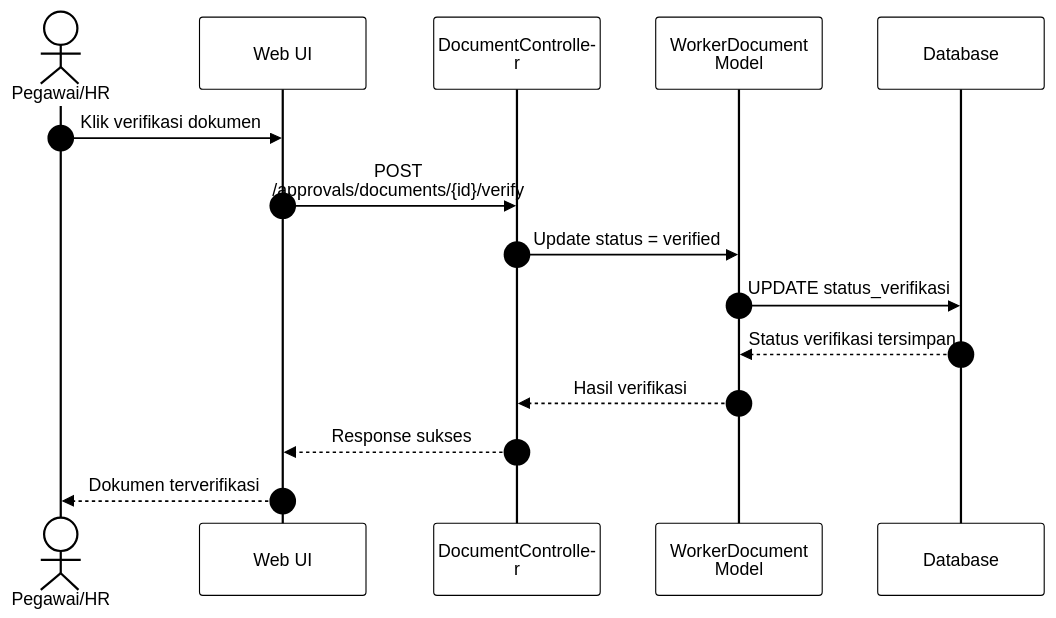
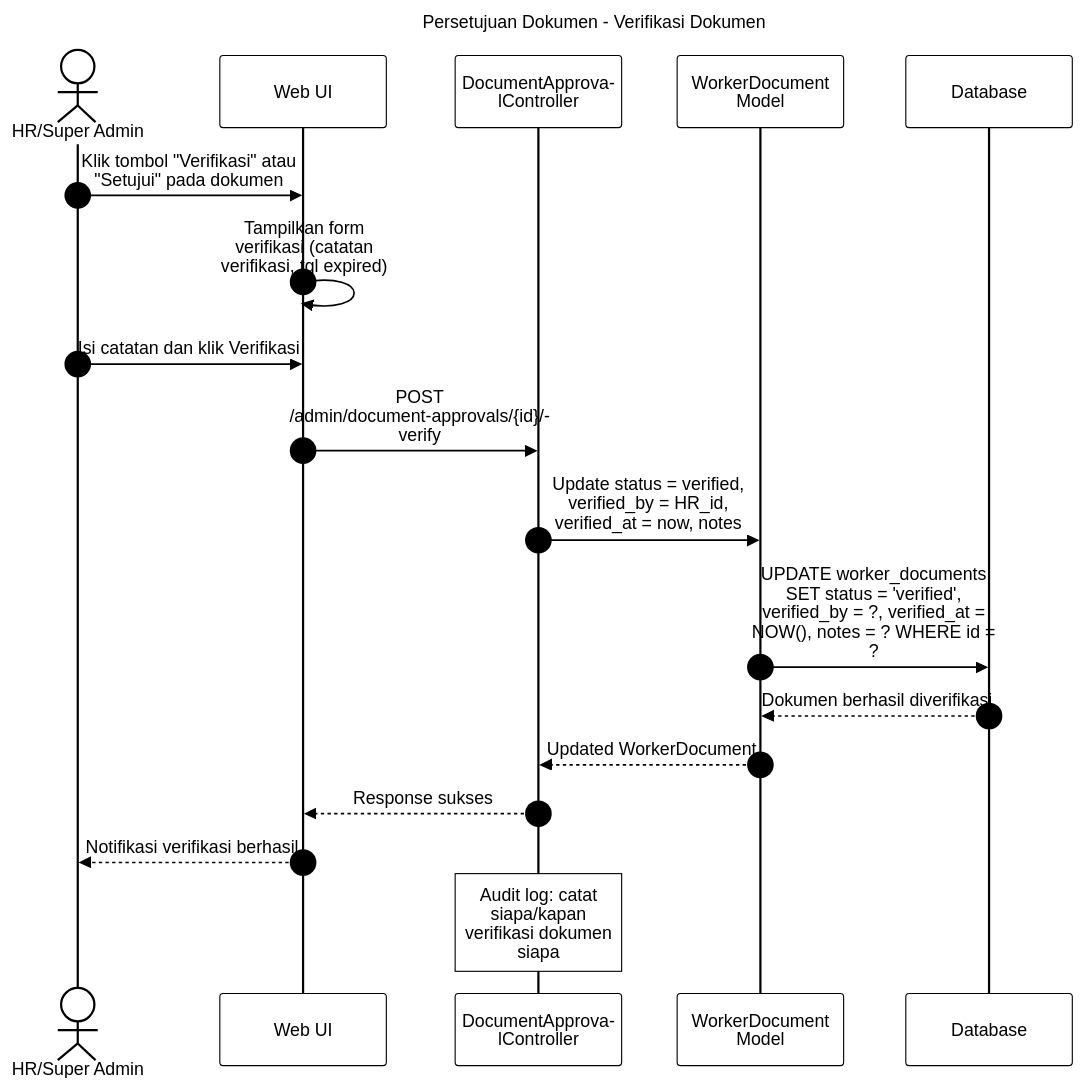
Before and after one commit to SulaimanHafi23/SimpegRSHDI: the diagram in docs/SequenceDiagram/KelolaDokumen-VerifikasiDokumen.mermaid, drawn with Mermaid. The commit also changed other lines of this file and 637 other files, not shown here.

Commit message:
update sequence

```diff
--- a/docs/SequenceDiagram/KelolaDokumen-VerifikasiDokumen.mermaid
+++ b/docs/SequenceDiagram/KelolaDokumen-VerifikasiDokumen.mermaid
@@ -1,17 +1,24 @@
+---
+id: PersetujuanDokumen-VerifikasiDokumen
+title: Persetujuan Dokumen - Verifikasi Dokumen
+---
 %%{init: {"theme": "base", "themeVariables": {"background": "#dddddd", "primaryColor": "#ffffff", "primaryBorderColor": "#000000", "primaryTextColor": "#000000", "lineColor": "#000000", "textColor": "#000000", "actorBkg": "#ffffff", "actorBorder": "#000000", "actorTextColor": "#000000", "activationBkgColor": "#ffffff", "activationBorderColor": "#000000", "signalColor": "#000000", "signalTextColor": "#000000", "labelBoxBkgColor": "#ffffff", "labelBoxBorderColor": "#000000", "labelTextColor": "#000000", "sequenceNumberColor": "#000000", "noteBkgColor": "#ffffff", "noteBorderColor": "#000000", "noteTextColor": "#000000"}, "sequence": {"useMaxWidth": true, "wrap": true, "messageFontSize": 12, "noteFontSize": 12}}}%%
 sequenceDiagram
     autonumber
-    actor A as Pegawai/HR
+    actor HR as HR/Super Admin
     participant UI as Web UI
-    participant C as DocumentController
-    participant M as WorkerDocument Model
+    participant C as DocumentApprovalController
+    participant D as WorkerDocument Model
     participant DB as Database
 
-    A->>UI: Klik verifikasi dokumen
-    UI->>C: POST /approvals/documents/{id}/verify
-    C->>M: Update status = verified
-    M->>DB: UPDATE status_verifikasi
-    DB-->>M: Status verifikasi tersimpan
-    M-->>C: Hasil verifikasi
+    HR->>UI: Klik tombol "Verifikasi" atau "Setujui" pada dokumen
+    UI->>UI: Tampilkan form verifikasi (catatan verifikasi, tgl expired)
+    HR->>UI: Isi catatan dan klik Verifikasi
+    UI->>C: POST /admin/document-approvals/{id}/verify
+    C->>D: Update status = verified, verified_by = HR_id, verified_at = now, notes
+    D->>DB: UPDATE worker_documents SET status = 'verified', verified_by = ?, verified_at = NOW(), notes = ? WHERE id = ?
+    DB-->>D: Dokumen berhasil diverifikasi
+    D-->>C: Updated WorkerDocument
     C-->>UI: Response sukses
-    UI-->>A: Dokumen terverifikasi
+    UI-->>HR: Notifikasi verifikasi berhasil
+    note over C: Audit log: catat siapa/kapan verifikasi dokumen siapa
```
